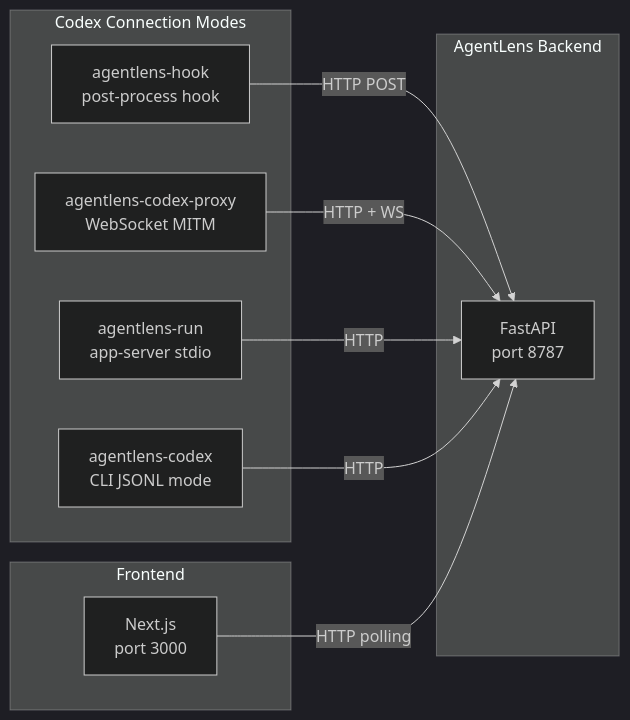
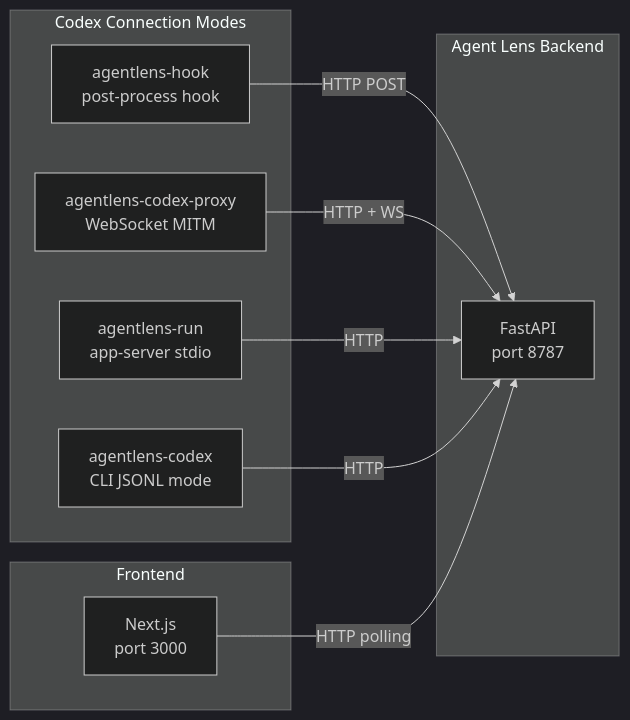
One commit to Aaryan126/Agent_Lens changed the second of 13 diagrams in Architecture.md. Above: the diagram before and after it, drawn with Mermaid (dark theme). The commit also changed other lines of this file and 10 other files, not shown here.

````diff
--- a/Architecture.md
+++ b/Architecture.md
@@ -63,23 +63,23 @@
 ```mermaid
 graph LR
     subgraph "Codex Connection Modes"
         H1[agentlens-hook<br/>post-process hook]
         H2[agentlens-codex-proxy<br/>WebSocket MITM]
         H3[agentlens-run<br/>app-server stdio]
         H4[agentlens-codex<br/>CLI JSONL mode]
     end
 
-    subgraph "AgentLens Backend"
+    subgraph "Agent Lens Backend"
         API[FastAPI<br/>port 8787]
     end
 
     subgraph "Frontend"
         UI[Next.js<br/>port 3000]
     end
 
     H1 -->|HTTP POST| API
     H2 -->|HTTP + WS| API
     H3 -->|HTTP| API
     H4 -->|HTTP| API
     UI -->|HTTP polling| API
 ```
````
